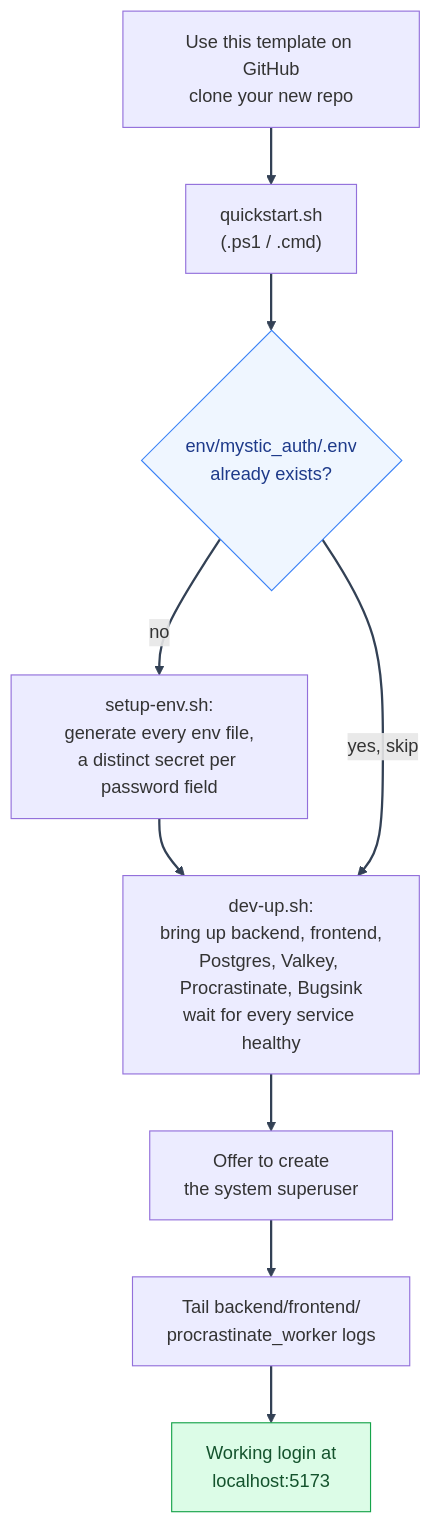
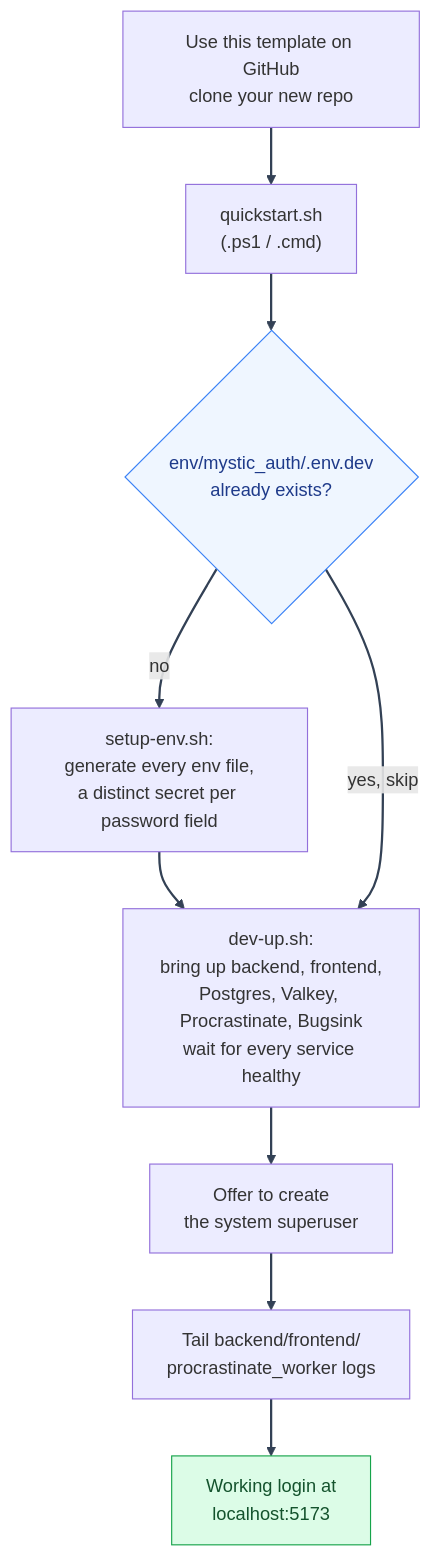
Before and after one commit to Nachiket-2024/mystic-auth: the diagram in docs/mystic_auth/template-usage/quickstart.md, drawn with Mermaid. The commit also changed other lines of this file and 292 other files, not shown here.

````diff
--- a/docs/mystic_auth/template-usage/quickstart.md
+++ b/docs/mystic_auth/template-usage/quickstart.md
@@ -11,23 +11,23 @@
 ```mermaid
 %%{init: {"themeVariables": {"lineColor": "#334155"}} }%%
 flowchart TD
     Template["Use this template on GitHub\nclone your new repo"]
     Script["quickstart.sh\n(.ps1 / .cmd)"]
-    EnvExists{"env/mystic_auth/.env\nalready exists?"}
+    EnvExists{"env/mystic_auth/.env.dev\nalready exists?"}
     SetupEnv["setup-env.sh:\ngenerate every env file,\na distinct secret per password field"]
     DevUp["dev-up.sh:\nbring up backend, frontend,\nPostgres, Valkey, Procrastinate, Bugsink\nwait for every service healthy"]
     Superuser["Offer to create\nthe system superuser"]
     Tail["Tail backend/frontend/\nprocrastinate_worker logs"]
     Login["Working login at\nlocalhost:5173"]
 
     Template --> Script --> EnvExists
     EnvExists -- "no" --> SetupEnv --> DevUp
     EnvExists -- "yes, skip" --> DevUp
     DevUp --> Superuser --> Tail --> Login
 
     classDef decision fill:#eff6ff,stroke:#3b82f6,color:#1e3a8a
     classDef terminal fill:#dcfce7,stroke:#16a34a,color:#14532d
     class EnvExists decision
     class Login terminal
     linkStyle default stroke:#334155,stroke-width:2px
 ```
````
